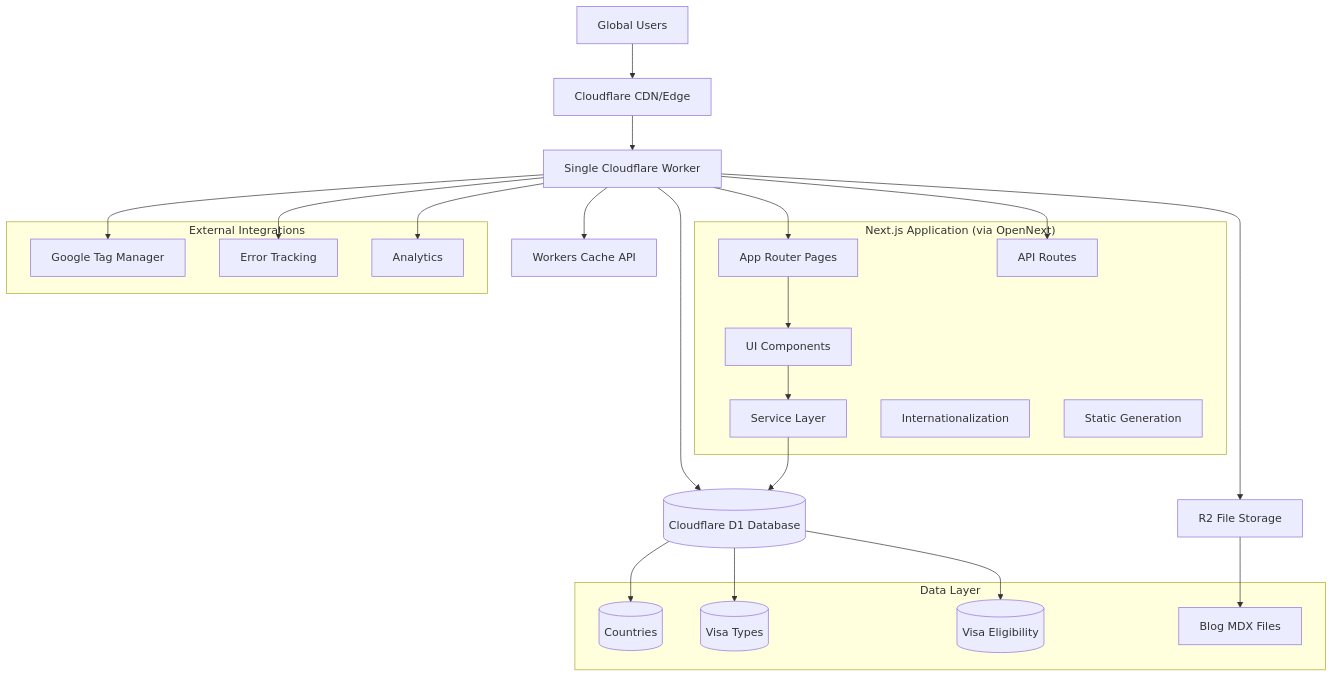
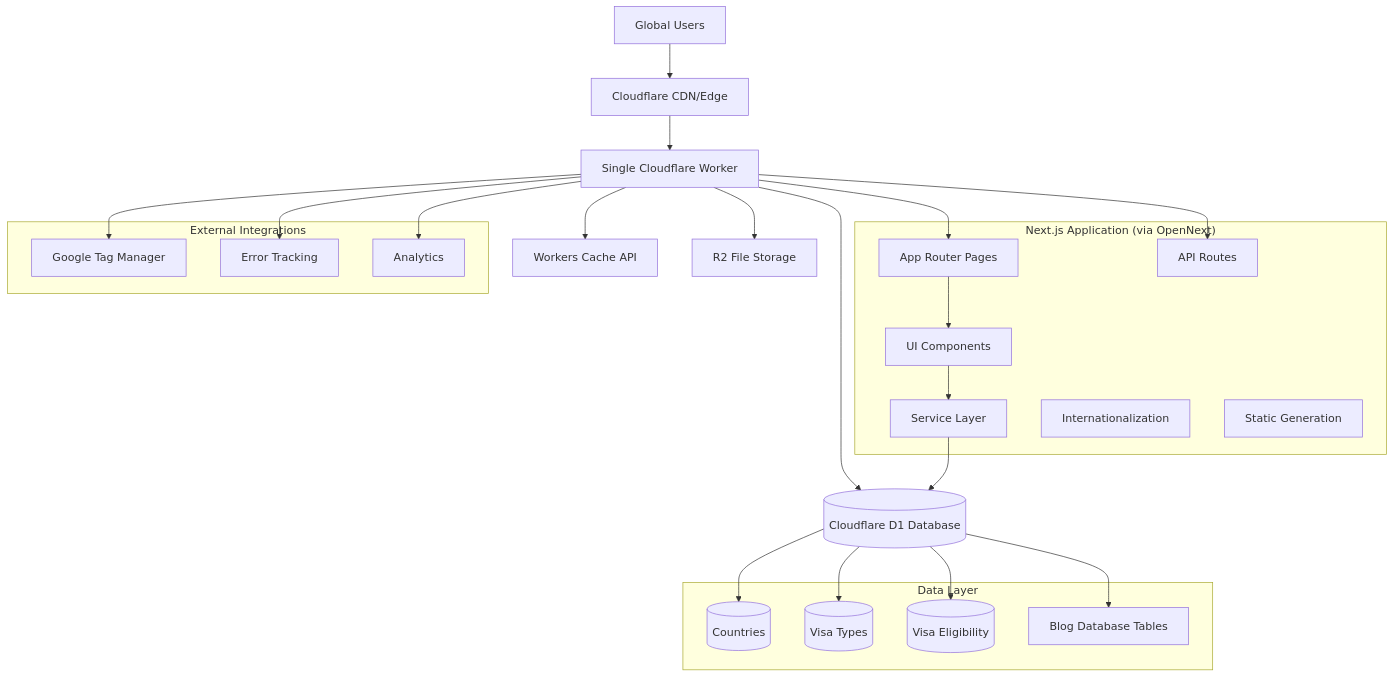
One commit to HazemKhaled/evisa changed the first of 3 diagrams in docs/architecture.md. Above: the diagram before and after it, drawn with Mermaid. The commit also changed other lines of this file and 13 other files, not shown here.

````diff
--- a/docs/architecture.md
+++ b/docs/architecture.md
@@ -65,46 +65,46 @@
 ```mermaid
 graph TB
     Users[Global Users] --> CF[Cloudflare CDN/Edge]
     CF --> Worker[Single Cloudflare Worker]
     Worker --> Cache[Workers Cache API]
     Worker --> D1[(Cloudflare D1 Database)]
     Worker --> R2[R2 File Storage]
 
     subgraph "Next.js Application (via OpenNext)"
         Pages[App Router Pages]
         API[API Routes]
         Components[UI Components]
         Services[Service Layer]
         i18n[Internationalization]
         SSG[Static Generation]
     end
 
     Worker --> Pages
     Worker --> API
 
     subgraph "Data Layer"
         Countries[(Countries)]
         VisaTypes[(Visa Types)]
         Eligibility[(Visa Eligibility)]
-        BlogMDX[Blog MDX Files]
+        BlogData[Blog Database Tables]
     end
 
     D1 --> Countries
     D1 --> VisaTypes
     D1 --> Eligibility
-    R2 --> BlogMDX
+    D1 --> BlogData
 
     Services --> D1
     Components --> Services
     Pages --> Components
 
     subgraph "External Integrations"
         GTM[Google Tag Manager]
         Sentry[Error Tracking]
         Jitsu[Analytics]
     end
 
     Worker --> GTM
     Worker --> Sentry
     Worker --> Jitsu
 ```
````
